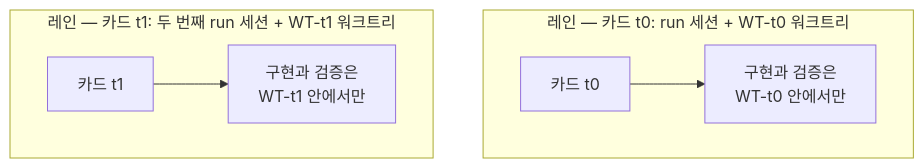
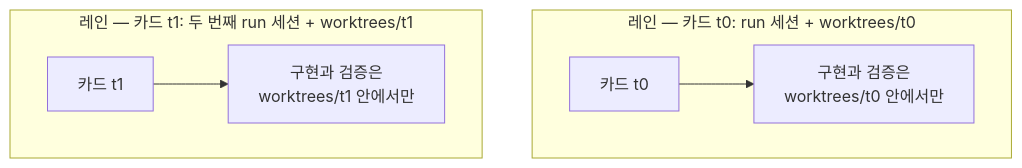
One commit to modu-ai/moai-adk changed the second of 2 diagrams in docs-site/content/ko/core-concepts/kanban-board-terms.md. Above: the diagram before and after it, drawn with Mermaid. The commit also changed other lines of this file and 14 other files, not shown here.

````diff
--- a/docs-site/content/ko/core-concepts/kanban-board-terms.md
+++ b/docs-site/content/ko/core-concepts/kanban-board-terms.md
@@ -47,9 +47,9 @@
 ```mermaid
 flowchart TD
-    subgraph LaneA["레인 — 카드 t0: run 세션 + WT-t0 워크트리"]
-        A0["카드 t0"] --> A1["구현과 검증은<br/>WT-t0 안에서만"]
+    subgraph LaneA["레인 — 카드 t0: run 세션 + worktrees/t0"]
+        A0["카드 t0"] --> A1["구현과 검증은<br/>worktrees/t0 안에서만"]
     end
-    subgraph LaneB["레인 — 카드 t1: 두 번째 run 세션 + WT-t1 워크트리"]
-        B0["카드 t1"] --> B1["구현과 검증은<br/>WT-t1 안에서만"]
+    subgraph LaneB["레인 — 카드 t1: 두 번째 run 세션 + worktrees/t1"]
+        B0["카드 t1"] --> B1["구현과 검증은<br/>worktrees/t1 안에서만"]
     end
 ```
````
